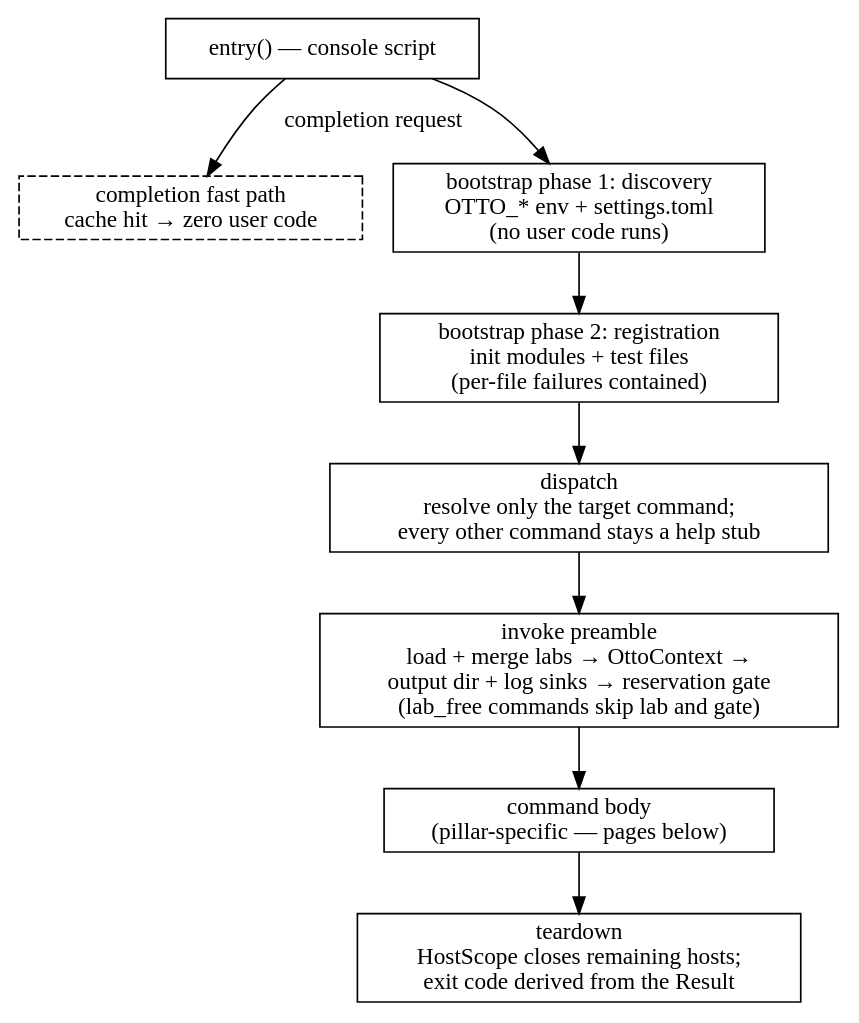
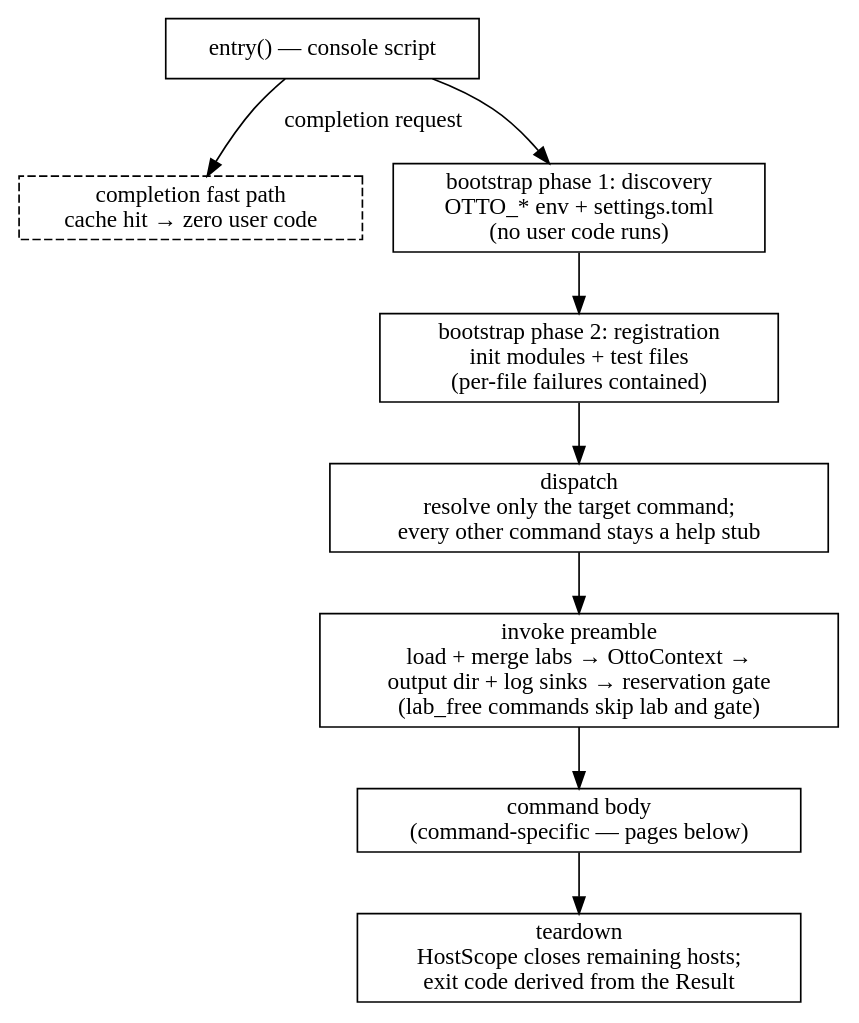
The diagram in docs/architecture/lifecycles/index.md (ludachrish3/otto-sh), drawn with Graphviz before and after one commit. The commit also changed other lines of this file and 5 other files, not shown here.

First line of the commit message:
docs(architecture): rename "pillars" to "first-party commands"

````diff
--- a/docs/architecture/lifecycles/index.md
+++ b/docs/architecture/lifecycles/index.md
@@ -8,23 +9,23 @@
 ```{graphviz}
 digraph lifecycle {
     rankdir=TB;
     node [shape=box];
 
     entry [label="entry() — console script"];
     completion [label="completion fast path\ncache hit → zero user code", style=dashed];
     discovery [label="bootstrap phase 1: discovery\nOTTO_* env + settings.toml\n(no user code runs)"];
     registration [label="bootstrap phase 2: registration\ninit modules + test files\n(per-file failures contained)"];
     dispatch [label="dispatch\nresolve only the target command;\nevery other command stays a help stub"];
     preamble [label="invoke preamble\nload + merge labs → OttoContext →\noutput dir + log sinks → reservation gate\n(lab_free commands skip lab and gate)"];
-    body [label="command body\n(pillar-specific — pages below)"];
+    body [label="command body\n(command-specific — pages below)"];
     teardown [label="teardown\nHostScope closes remaining hosts;\nexit code derived from the Result"];
 
     entry -> completion [label=" completion request"];
     entry -> discovery;
     discovery -> registration;
     registration -> dispatch;
     dispatch -> preamble;
     preamble -> body;
     body -> teardown;
 }
 ```
````
